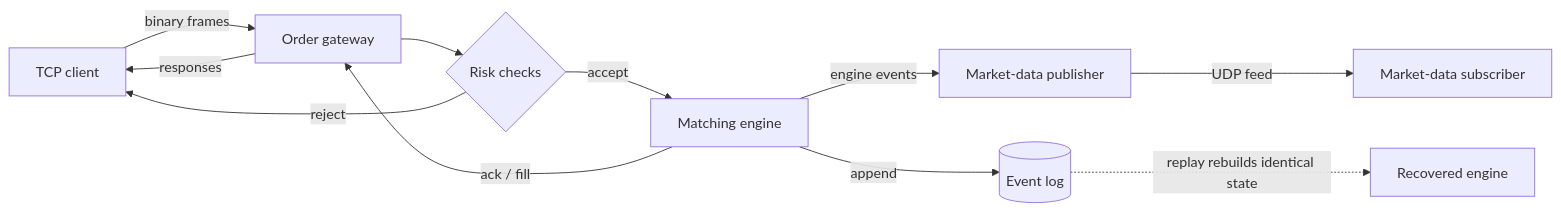
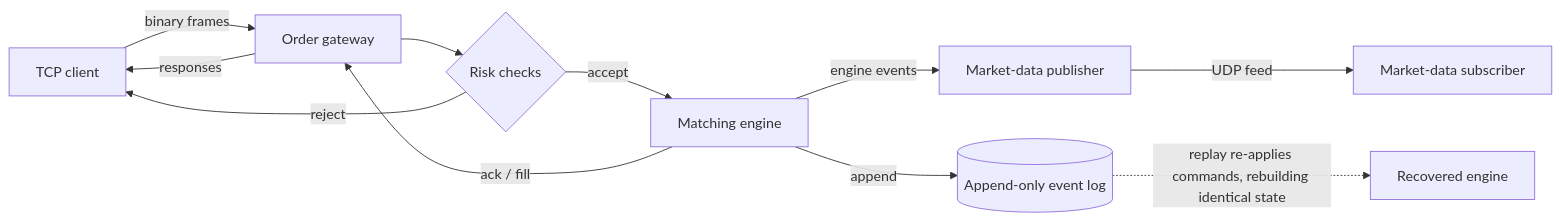
One commit to div0rce/quant-systems-lab changed the diagram in README.md. Above: the diagram before and after it, drawn with Mermaid. The commit also changed 2 other files, not shown here.

Commit message:
docs: event log as a first-class engine output in diagrams (#80)
* docs: show the event log as a first-class engine output in the diagrams

* docs: render the event-log record format as a field table

* docs: correct event-log diagram (replay re-applies commands, not events)

````diff
--- a/README.md
+++ b/README.md
@@ -19,13 +19,13 @@
 ```mermaid
 flowchart LR
     client[TCP client] -->|binary frames| gw[Order gateway]
     gw --> risk{Risk checks}
     risk -->|reject| client
     risk -->|accept| eng[Matching engine]
     eng -->|ack / fill| gw
     gw -->|responses| client
     eng -->|engine events| pub[Market-data publisher]
+    eng -->|append| log[(Append-only event log)]
     pub -->|UDP feed| sub[Market-data subscriber]
-    eng -->|append| log[(Event log)]
-    log -.->|replay rebuilds identical state| rec[Recovered engine]
+    log -.->|replay re-applies commands, rebuilding identical state| rec[Recovered engine]
 ```
````
